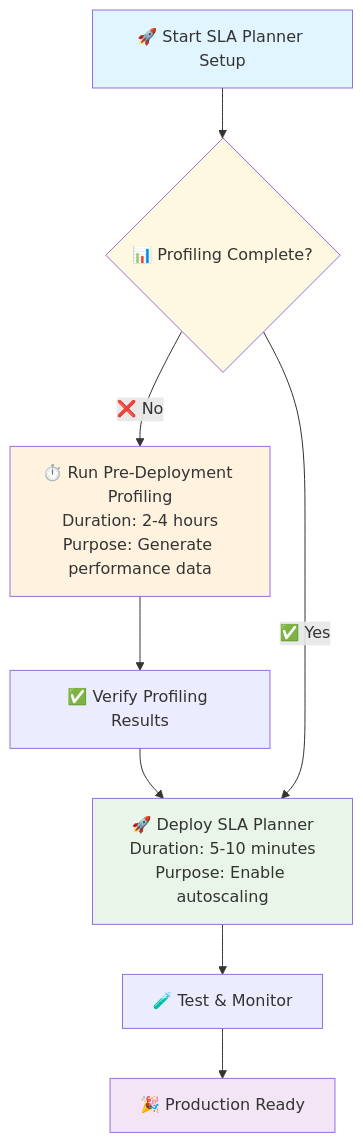
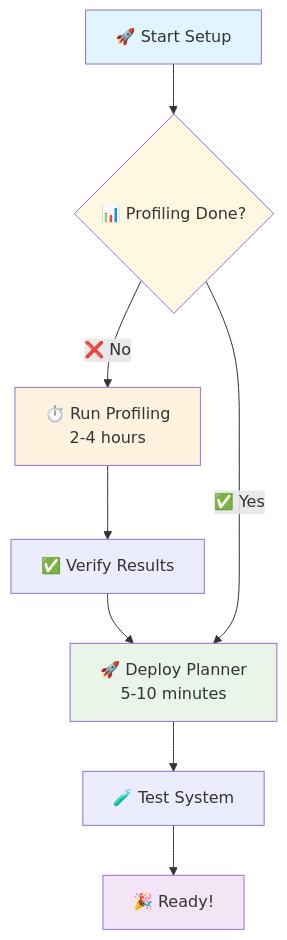
The second of 2 diagrams in docs/kubernetes/sla_planner_quickstart.md (ai-dynamo/dynamo), drawn with Mermaid before and after one commit. The commit also changed other lines of this file and 4 other files, not shown here.

Commit message:
docs: deduplicate information, keep the quickstart as the only functional guide and delete the sla_planner_deployment.md doc

````diff
--- a/docs/kubernetes/sla_planner_quickstart.md
+++ b/docs/kubernetes/sla_planner_quickstart.md
@@ -15,16 +29,16 @@
 ```mermaid
 flowchart TD
-    A[🚀 Start SLA Planner Setup] --> B{📊 Profiling Complete?}
-    B -->|❌ No| C[⏱️ Run Pre-Deployment Profiling<br/>Duration: 2-4 hours<br/>Purpose: Generate performance data]
-    C --> D[✅ Verify Profiling Results]
-    D --> E[🚀 Deploy SLA Planner<br/>Duration: 5-10 minutes<br/>Purpose: Enable autoscaling]
+    A[🚀 Start Setup] --> B{📊 Profiling Done?}
+    B -->|❌ No| C[⏱️ Run Profiling<br/>2-4 hours]
+    C --> D[✅ Verify Results]
+    D --> E[🚀 Deploy Planner<br/>5-10 minutes]
     B -->|✅ Yes| E
-    E --> F[🧪 Test & Monitor]
-    F --> G[🎉 Production Ready]
-
+    E --> F[🧪 Test System]
+    F --> G[🎉 Ready!]
+    
     style A fill:#e1f5fe
     style C fill:#fff3e0
     style E fill:#e8f5e8
     style G fill:#f3e5f5
     style B fill:#fff8e1
 ```
````
